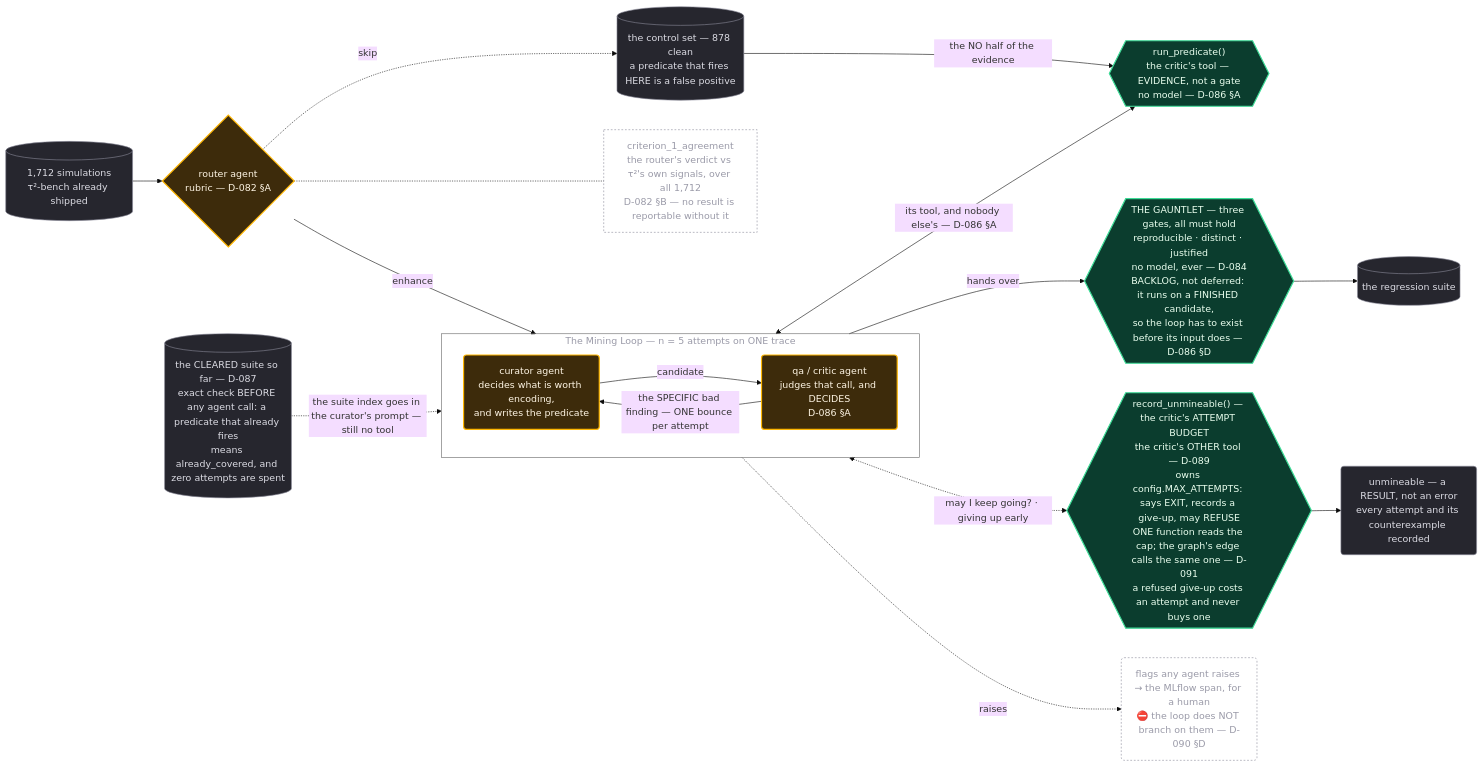
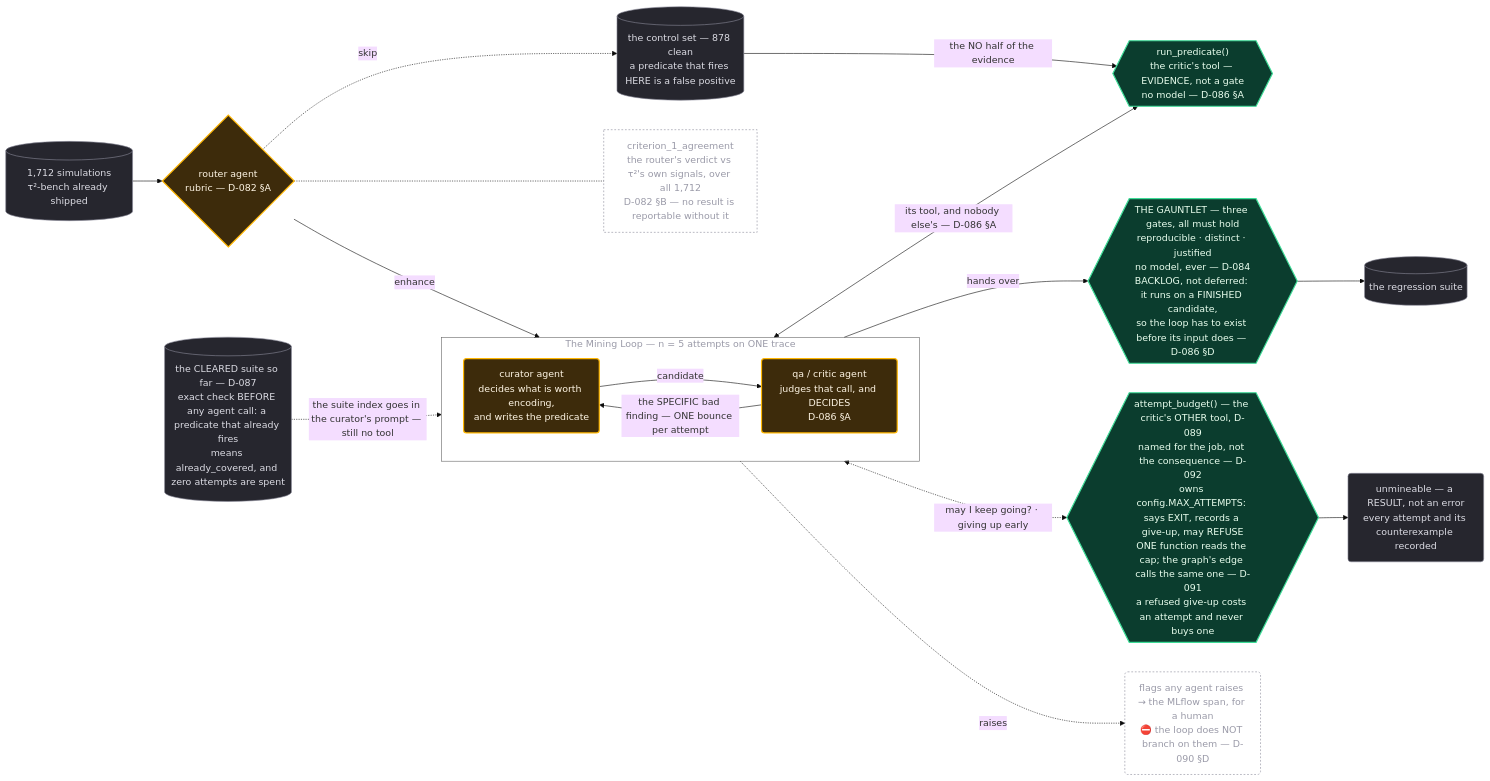
The diagram in diagrams/agents.mmd (sandeepyadav1478/touchstone), drawn with Mermaid (base theme) before and after one commit. The commit also changed 6 other files, not shown here.

First line of the commit message:
D-092: record_unmineable -> attempt_budget

```diff
--- a/diagrams/agents.mmd
+++ b/diagrams/agents.mmd
@@ -1,53 +1,53 @@
 %% touchstone — the mining loop's three agents, and where the decision sits. D-082, D-086.
 %% The chain: router -> curator <-> critic <-> run_predicate, then critic -> the gauntlet -> suite.
 %% Every green node is mechanical. D-086: run_predicate is EVIDENCE the critic reads, not a gate.
 %% D-089: the critic holds TWO tools. unmineable is a RESULT it records, never a stage.
 flowchart LR
 
   IN[("1,712 simulations<br/>τ²-bench already shipped")]
   ROUTER{"router agent<br/>rubric — D-082 §A"}
 
   subgraph LOOP["The Mining Loop — n = 5 attempts on ONE trace"]
     direction LR
     CURATOR("curator agent<br/>decides what is worth encoding,<br/>and writes the predicate")
     CRITIC("qa / critic agent<br/>judges that call, and DECIDES<br/>D-086 §A")
     CURATOR -- "candidate" --> CRITIC
     CRITIC -- "the SPECIFIC bad finding — ONE bounce per attempt" --> CURATOR
   end
 
   TEST{{"run_predicate()<br/>the critic's tool — EVIDENCE, not a gate<br/>no model — D-086 §A"}}
-  REC{{"record_unmineable() — the critic's ATTEMPT BUDGET<br/>the critic's OTHER tool — D-089<br/>owns config.MAX_ATTEMPTS: says EXIT, records a give-up, may REFUSE<br/>ONE function reads the cap; the graph's edge calls the same one — D-091<br/>a refused give-up costs an attempt and never buys one"}}
+  BUDGET{{"attempt_budget() — the critic's OTHER tool, D-089<br/>named for the job, not the consequence — D-092<br/>owns config.MAX_ATTEMPTS: says EXIT, records a give-up, may REFUSE<br/>ONE function reads the cap; the graph's edge calls the same one — D-091<br/>a refused give-up costs an attempt and never buys one"}}
   GAUNTLET{{"THE GAUNTLET — three gates, all must hold<br/>reproducible · distinct · justified<br/>no model, ever — D-084<br/>BACKLOG, not deferred: it runs on a FINISHED candidate,<br/>so the loop has to exist before its input does — D-086 §D"}}
   SUITE[("the regression suite")]
   CONTROL[("the control set — 878 clean<br/>a predicate that fires HERE is a false positive")]
   UNMINED("unmineable — a RESULT, not an error<br/>every attempt and its counterexample recorded")
   CAL["criterion_1_agreement<br/>the router's verdict vs τ²'s own signals, over all 1,712<br/>D-082 §B — no result is reportable without it"]
 
   CLEARED[("the CLEARED suite so far — D-087<br/>exact check BEFORE any agent call: a predicate that already fires<br/>means already_covered, and zero attempts are spent")]
 
   IN --> ROUTER
   CLEARED -. "the suite index goes in the curator's prompt — still no tool" .-> CURATOR
   ROUTER -- "enhance" --> CURATOR
   ROUTER -. "skip" .-> CONTROL
   CRITIC <-- "its tool, and nobody else's — D-086 §A" --> TEST
   CONTROL -- "the NO half of the evidence" --> TEST
   CRITIC -- "hands over" --> GAUNTLET
-  CRITIC <-. "may I keep going? · giving up early" .-> REC
+  CRITIC <-. "may I keep going? · giving up early" .-> BUDGET
   FLAG("flags any agent raises → the MLflow span, for a human<br/>⛔ the loop does NOT branch on them — D-090 §D")
   CRITIC -. "raises" .-> FLAG
-  REC --> UNMINED
+  BUDGET --> UNMINED
   GAUNTLET --> SUITE
   ROUTER -.- CAL
 
   classDef agent fill:#3d2b0b,stroke:#ffb703,stroke-width:2px,color:#fff6e5
   classDef mech  fill:#0b3d2e,stroke:#3ddc97,stroke-width:2px,color:#eaffef
   classDef data  fill:#26262e,stroke:#8a8a99,color:#dcdce4
   classDef note  fill:none,stroke:#8a8a99,stroke-dasharray:3 3,color:#9a9aa8
   classDef box   fill:none,stroke:#666,color:#9a9aa8
 
   class ROUTER,CURATOR,CRITIC agent
-  class TEST,REC,GAUNTLET mech
+  class TEST,BUDGET,GAUNTLET mech
   class IN,SUITE,CONTROL,UNMINED data
   class CAL,FLAG note
   class CLEARED data
   class LOOP box
```
